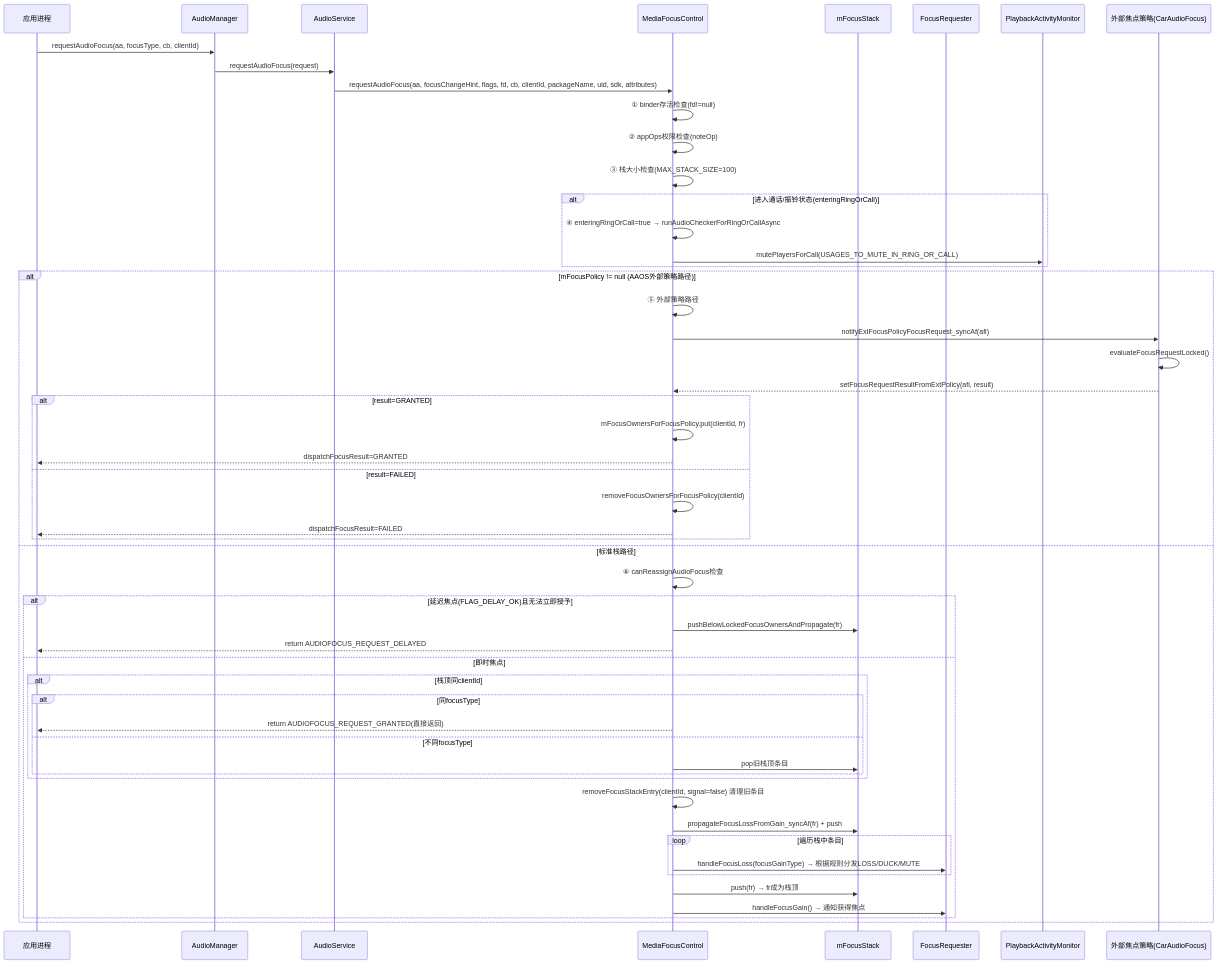
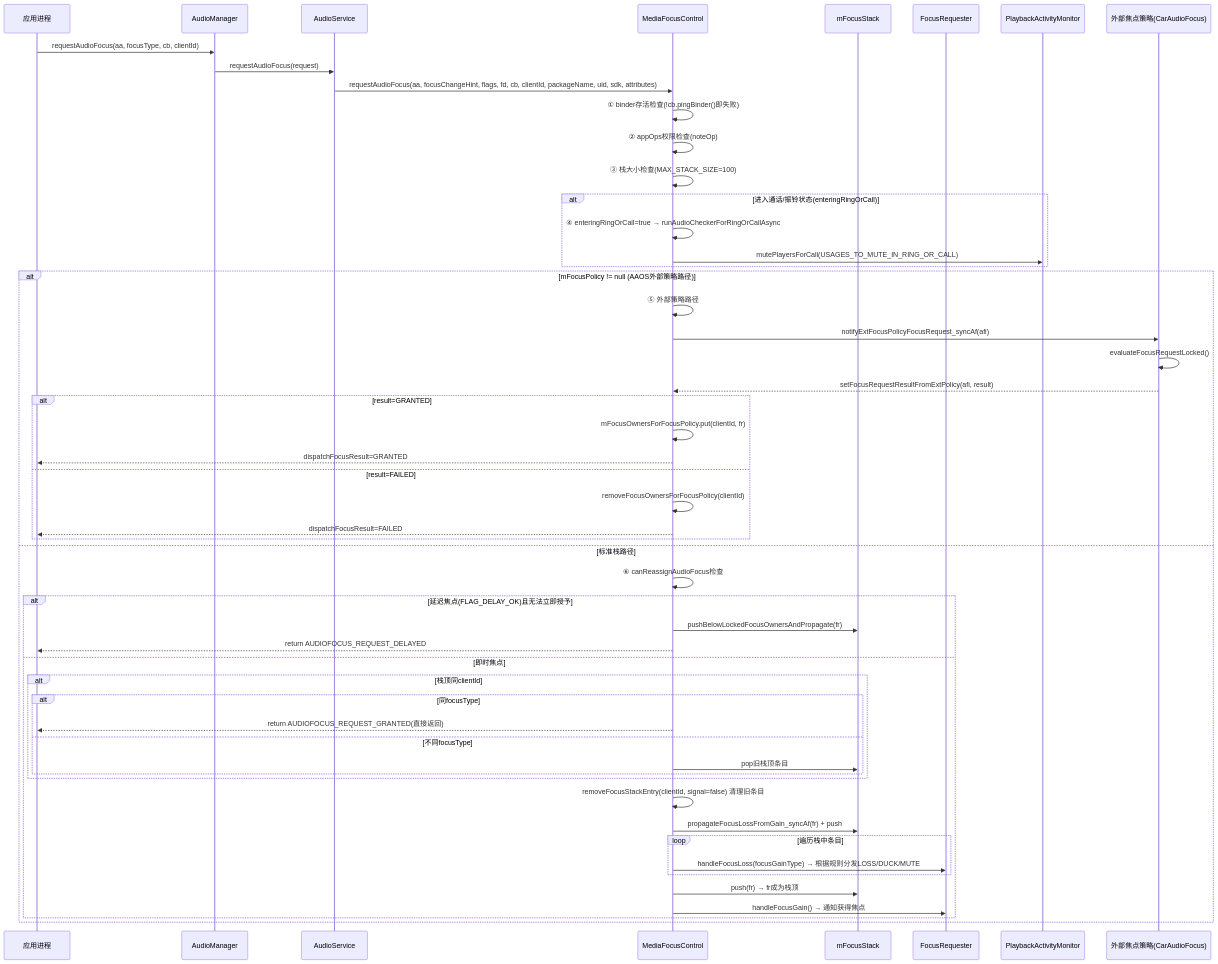
The second of 4 diagrams in 03_Java_Framework_Layer/03_3.2_MediaFocusControl-焦点仲裁器.md (yanglinzhen1022/SA8295_AAOS_QNX_Audio_KnowledgeBase), drawn with Mermaid before and after one commit. The commit also changed other lines of this file and 4 other files, not shown here.

````diff
--- a/03_Java_Framework_Layer/03_3.2_MediaFocusControl-焦点仲裁器.md
+++ b/03_Java_Framework_Layer/03_3.2_MediaFocusControl-焦点仲裁器.md
@@ -173,60 +174,60 @@
 ```mermaid
 sequenceDiagram
     participant App as 应用进程
     participant AM as AudioManager
     participant AS as AudioService
     participant MFC as MediaFocusControl
     participant Stack as mFocusStack
     participant FR as FocusRequester
     participant PM as PlaybackActivityMonitor
     participant ExtPolicy as 外部焦点策略(CarAudioFocus)
 
     App->>AM: requestAudioFocus(aa, focusType, cb, clientId)
     AM->>AS: requestAudioFocus(request)
     AS->>MFC: requestAudioFocus(aa, focusChangeHint, flags, fd, cb, clientId, packageName, uid, sdk, attributes)
 
-    MFC->>MFC: ① binder存活检查(fd!=null)
+    MFC->>MFC: ① binder存活检查(!cb.pingBinder()即失败)
     MFC->>MFC: ② appOps权限检查(noteOp)
     MFC->>MFC: ③ 栈大小检查(MAX_STACK_SIZE=100)
 
     alt 进入通话/振铃状态(enteringRingOrCall)
         MFC->>MFC: ④ enteringRingOrCall=true → runAudioCheckerForRingOrCallAsync
         MFC->>PM: mutePlayersForCall(USAGES_TO_MUTE_IN_RING_OR_CALL)
     end
 
     alt mFocusPolicy != null (AAOS外部策略路径)
         MFC->>MFC: ⑤ 外部策略路径
         MFC->>ExtPolicy: notifyExtFocusPolicyFocusRequest_syncAf(afi)
         ExtPolicy->>ExtPolicy: evaluateFocusRequestLocked()
         ExtPolicy-->>MFC: setFocusRequestResultFromExtPolicy(afi, result)
         alt result=GRANTED
             MFC->>MFC: mFocusOwnersForFocusPolicy.put(clientId, fr)
             MFC-->>App: dispatchFocusResult=GRANTED
         else result=FAILED
             MFC->>MFC: removeFocusOwnersForFocusPolicy(clientId)
             MFC-->>App: dispatchFocusResult=FAILED
         end
     else 标准栈路径
         MFC->>MFC: ⑥ canReassignAudioFocus检查
 
         alt 延迟焦点(FLAG_DELAY_OK)且无法立即授予
             MFC->>Stack: pushBelowLockedFocusOwnersAndPropagate(fr)
             MFC-->>App: return AUDIOFOCUS_REQUEST_DELAYED
         else 即时焦点
             alt 栈顶同clientId
                 alt 同focusType
                     MFC-->>App: return AUDIOFOCUS_REQUEST_GRANTED(直接返回)
                 else 不同focusType
                     MFC->>Stack: pop旧栈顶条目
                 end
             end
             MFC->>MFC: removeFocusStackEntry(clientId, signal=false) 清理旧条目
             MFC->>Stack: propagateFocusLossFromGain_syncAf(fr) + push
             loop 遍历栈中条目
                 MFC->>FR: handleFocusLoss(focusGainType) → 根据规则分发LOSS/DUCK/MUTE
             end
             MFC->>Stack: push(fr) → fr成为栈顶
             MFC->>FR: handleFocusGain() → 通知获得焦点
         end
     end
 ```
````
